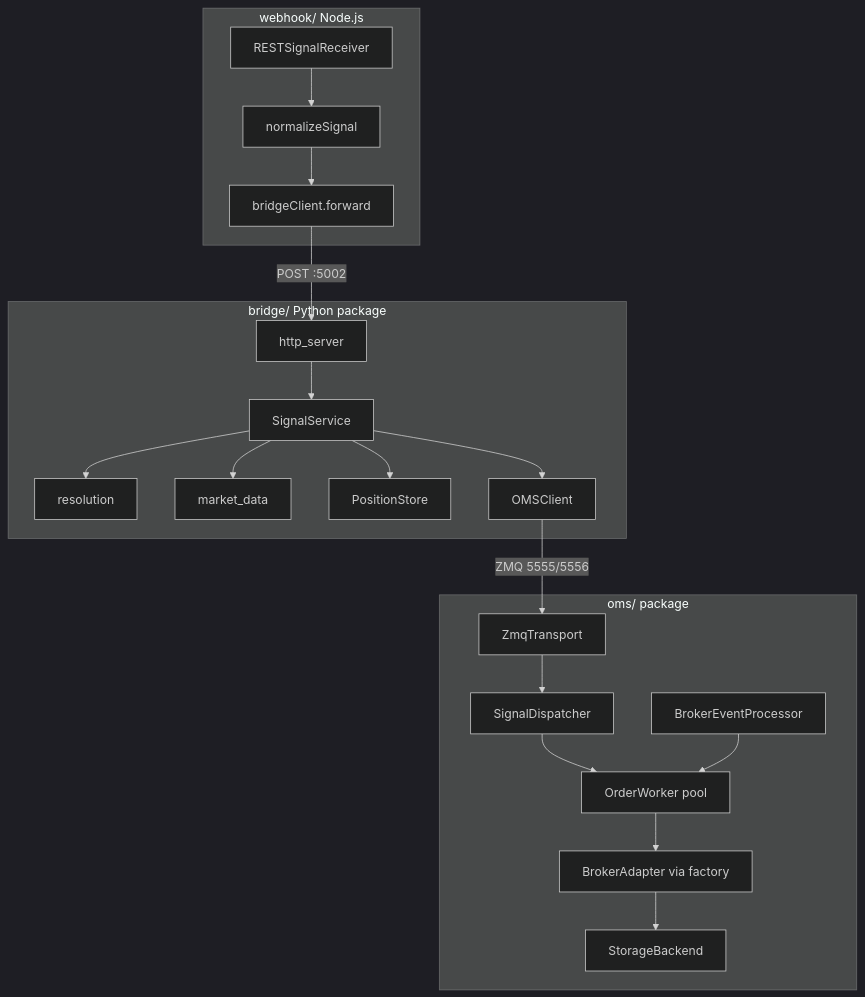
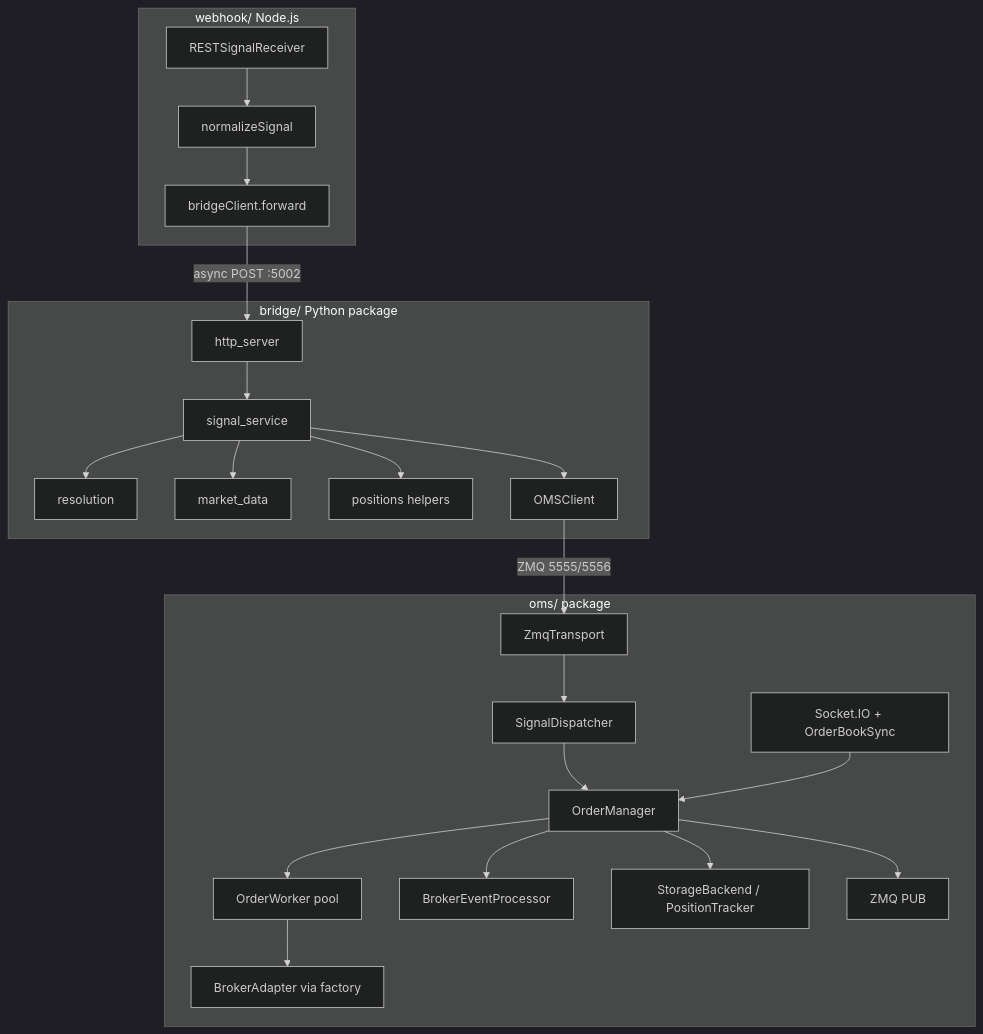
Before and after one commit to shubham-agarwal-techculture/trading-middleware-new: the first of 2 diagrams in docs/architecture.md, drawn with Mermaid (dark theme). The commit also changed other lines of this file and 9 other files, not shown here.

````diff
--- a/docs/architecture.md
+++ b/docs/architecture.md
@@ -3,23 +3,26 @@
 ```mermaid
 flowchart TD
   subgraph node [webhook/ Node.js]
     rec[RESTSignalReceiver] --> norm[normalizeSignal]
     norm --> fwd[bridgeClient.forward]
   end
   subgraph bridge [bridge/ Python package]
-    http[http_server] --> svc[SignalService]
+    http[http_server] --> svc[signal_service]
     svc --> res[resolution]
     svc --> md[market_data]
-    svc --> pos[PositionStore]
+    svc --> pos[positions helpers]
     svc --> omsc[OMSClient]
   end
   subgraph oms [oms/ package]
     tr[ZmqTransport] --> disp[SignalDispatcher]
-    disp --> wk[OrderWorker pool]
+    disp --> om[OrderManager]
+    om --> wk[OrderWorker pool]
     wk --> brk[BrokerAdapter via factory]
-    evp[BrokerEventProcessor] --> wk
-    brk --> store[StorageBackend]
+    sock[Socket.IO + OrderBookSync] --> om
+    om --> evp[BrokerEventProcessor]
+    om --> store[StorageBackend / PositionTracker]
+    om --> pub[ZMQ PUB]
   end
-  fwd -->|POST :5002| http
+  fwd -->|async POST :5002| http
   omsc -->|ZMQ 5555/5556| tr
 ```
````
